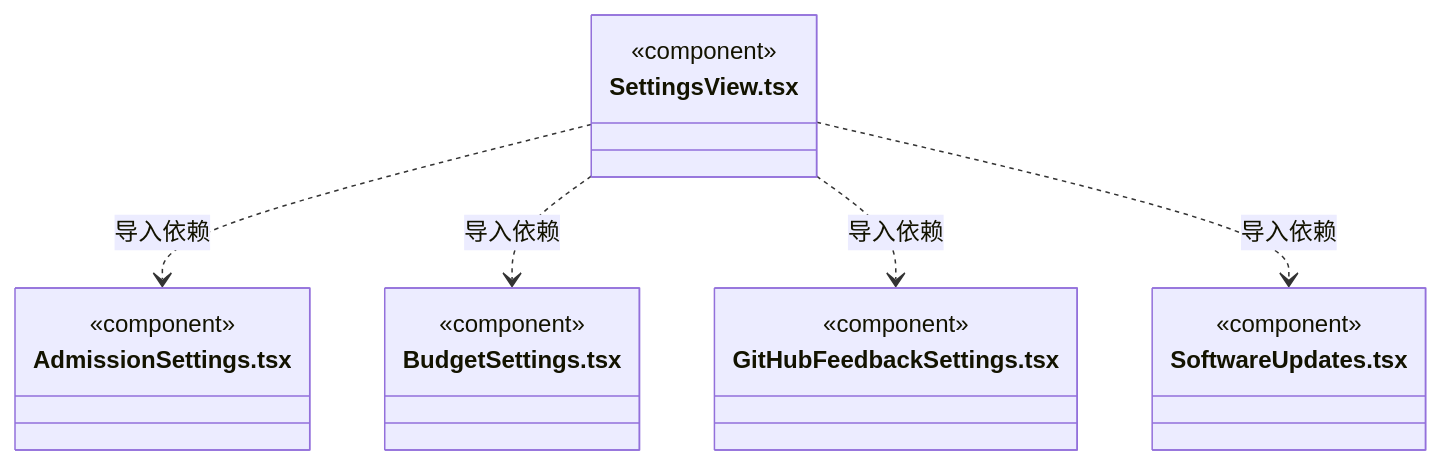
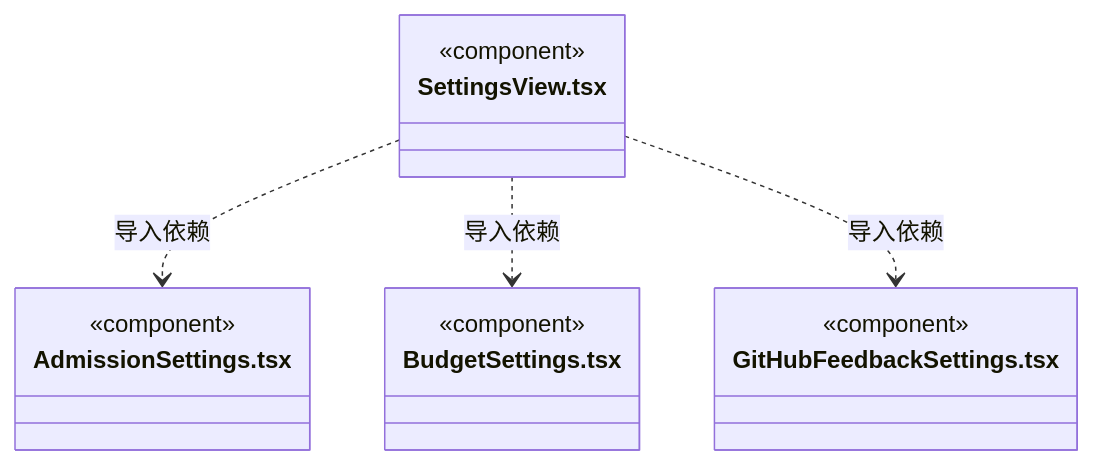
Before and after one commit to nan023062/cbim: diagram 11 of 12 in src/frontend/settings/ARCHITECTURE.md, drawn with Mermaid. The commit also changed other lines of this file and 25 other files, not shown here.

````diff
--- a/src/frontend/settings/ARCHITECTURE.md
+++ b/src/frontend/settings/ARCHITECTURE.md
@@ -209,22 +185,18 @@
 ```mermaid
 classDiagram
 class N_src_frontend_settings_SettingsView_tsx["SettingsView.tsx"] {
   <<component>>
 }
 class N_src_frontend_settings_AdmissionSettings_tsx["AdmissionSettings.tsx"] {
   <<component>>
 }
 class N_src_frontend_settings_BudgetSettings_tsx["BudgetSettings.tsx"] {
   <<component>>
 }
 class N_src_frontend_settings_GitHubFeedbackSettings_tsx["GitHubFeedbackSettings.tsx"] {
   <<component>>
 }
-class N_src_frontend_settings_SoftwareUpdates_tsx["SoftwareUpdates.tsx"] {
-  <<component>>
-}
 N_src_frontend_settings_SettingsView_tsx ..> N_src_frontend_settings_AdmissionSettings_tsx : 导入依赖
 N_src_frontend_settings_SettingsView_tsx ..> N_src_frontend_settings_BudgetSettings_tsx : 导入依赖
 N_src_frontend_settings_SettingsView_tsx ..> N_src_frontend_settings_GitHubFeedbackSettings_tsx : 导入依赖
-N_src_frontend_settings_SettingsView_tsx ..> N_src_frontend_settings_SoftwareUpdates_tsx : 导入依赖
 ```
````
